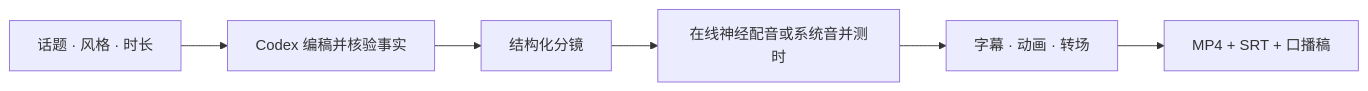
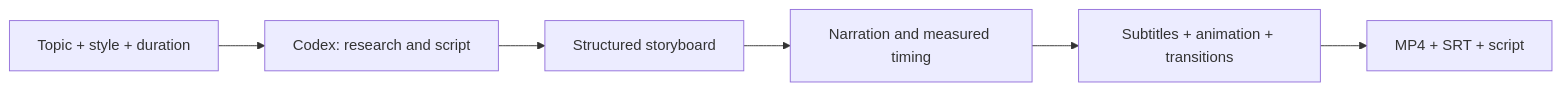
One commit to Olandooooes/TopicMotion changed the diagram in README.md. Above: the diagram before and after it, drawn with Mermaid. The commit also changed other lines of this file and 3 other files, not shown here.

````diff
--- a/README.md
+++ b/README.md
@@ -21,8 +30,8 @@
 ```mermaid
 flowchart LR
-  A[话题 · 风格 · 时长] --> B[Codex 编稿并核验事实]
-  B --> C[结构化分镜]
-  C --> D[在线神经配音或系统音并测时]
-  D --> E[字幕 · 动画 · 转场]
-  E --> F[MP4 + SRT + 口播稿]
+  A[Topic + style + duration] --> B[Codex: research and script]
+  B --> C[Structured storyboard]
+  C --> D[Narration and measured timing]
+  D --> E[Subtitles + animation + transitions]
+  E --> F[MP4 + SRT + script]
 ```
````
